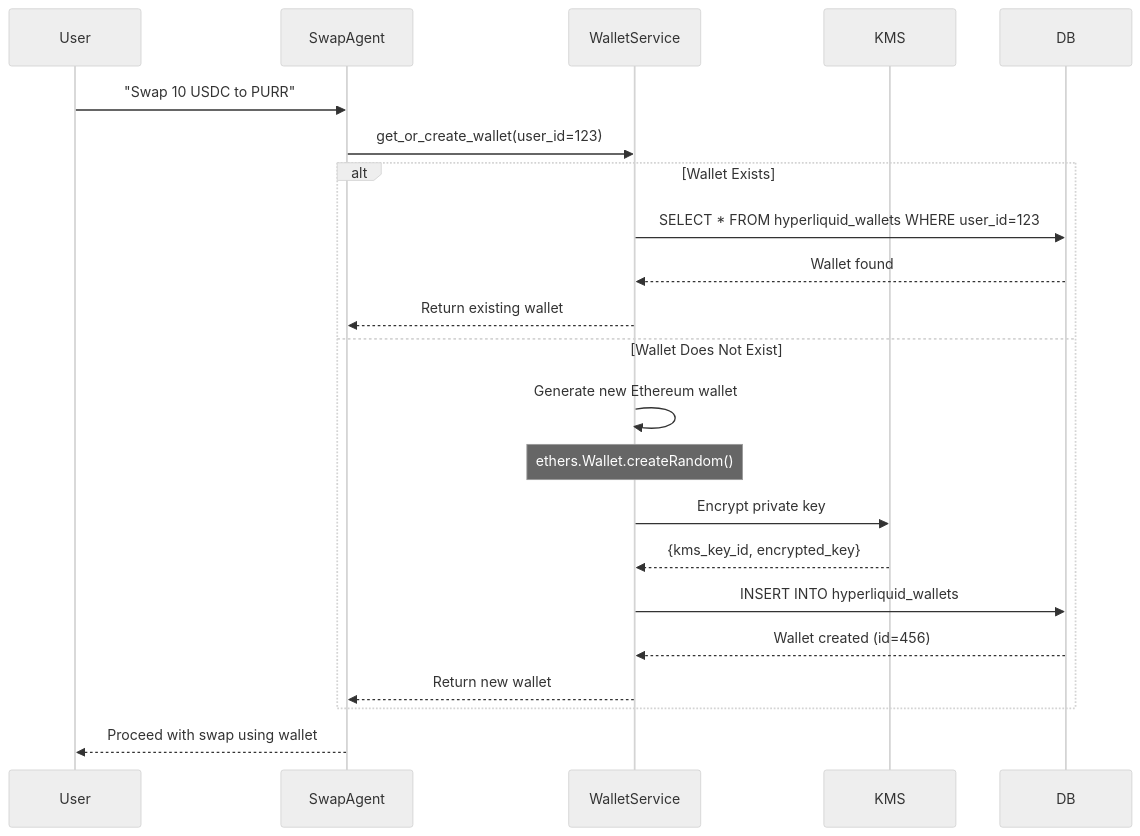
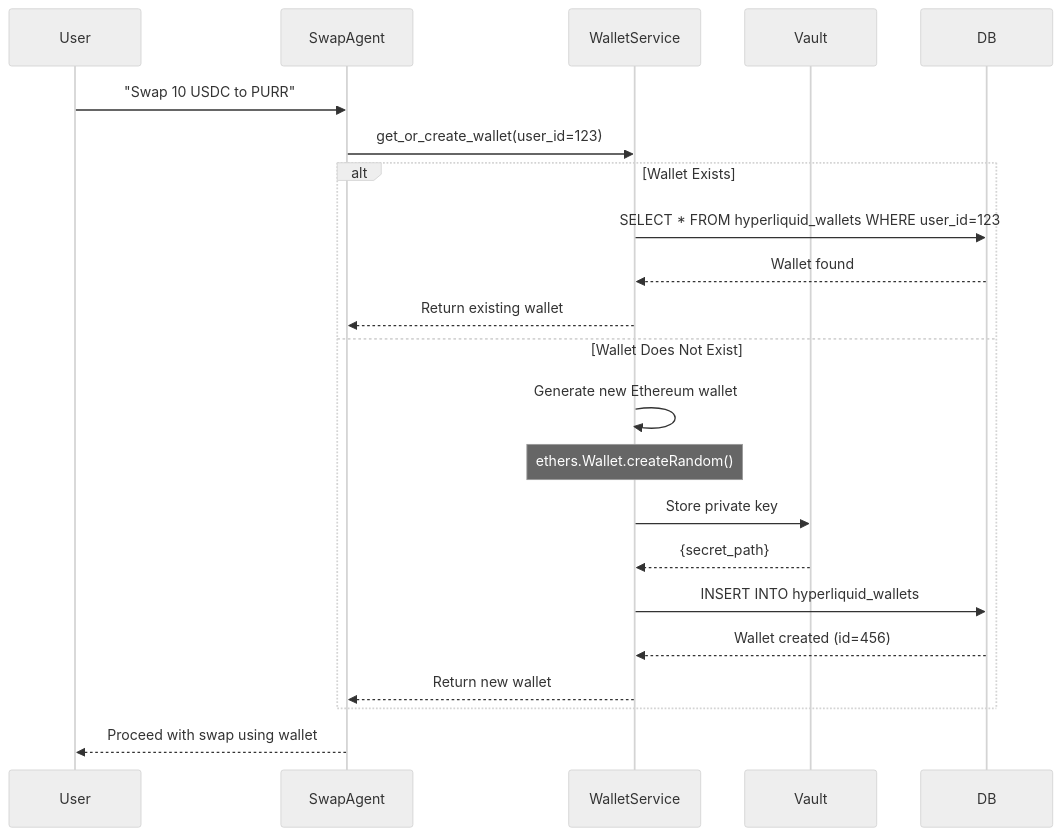
The third of 5 diagrams in docs/ceo/agents/swap/backend/01_HYPERLIQUID_WALLET_MANAGEMENT_SPEC.md (fabian416/anvil_backend), drawn with Mermaid (neutral theme) before and after one commit. The commit also changed other lines of this file and 3 other files, not shown here.

First line of the commit message:
docs: Update wallet spec to use HashiCorp Vault instead of AWS KMS

````diff
--- a/docs/ceo/agents/swap/backend/01_HYPERLIQUID_WALLET_MANAGEMENT_SPEC.md
+++ b/docs/ceo/agents/swap/backend/01_HYPERLIQUID_WALLET_MANAGEMENT_SPEC.md
@@ -88,27 +88,27 @@
 ```mermaid
 sequenceDiagram
     participant User
     participant SwapAgent
     participant WalletService
-    participant KMS
+    participant Vault
     participant DB
 
     User->>SwapAgent: "Swap 10 USDC to PURR"
     SwapAgent->>WalletService: get_or_create_wallet(user_id=123)
 
     alt Wallet Exists
         WalletService->>DB: SELECT * FROM hyperliquid_wallets WHERE user_id=123
         DB-->>WalletService: Wallet found
         WalletService-->>SwapAgent: Return existing wallet
     else Wallet Does Not Exist
         WalletService->>WalletService: Generate new Ethereum wallet
         Note over WalletService: ethers.Wallet.createRandom()
-        WalletService->>KMS: Encrypt private key
-        KMS-->>WalletService: {kms_key_id, encrypted_key}
+        WalletService->>Vault: Store private key
+        Vault-->>WalletService: {secret_path}
         WalletService->>DB: INSERT INTO hyperliquid_wallets
         DB-->>WalletService: Wallet created (id=456)
         WalletService-->>SwapAgent: Return new wallet
     end
 
     SwapAgent-->>User: Proceed with swap using wallet
 ```
````
